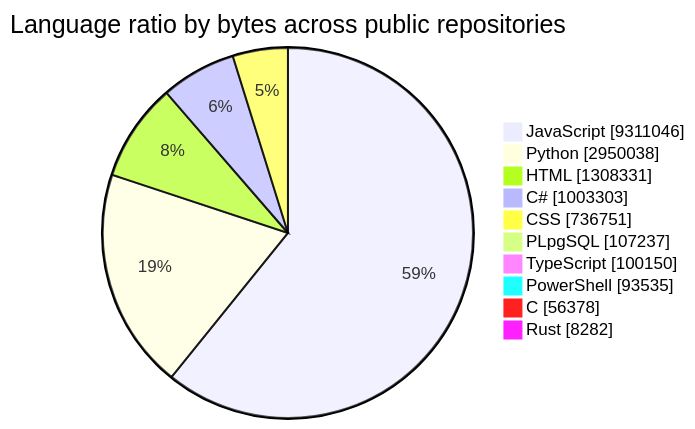
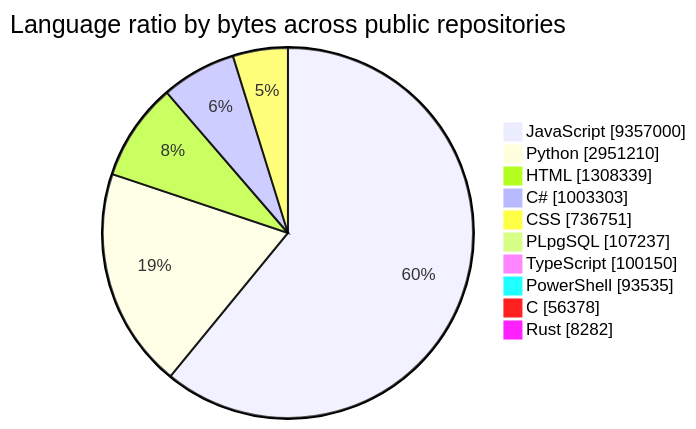
One commit to tchinso/tchinso changed the first of 2 diagrams in README.md. Above: the diagram before and after it, drawn with Mermaid. The commit also changed other lines of this file, not shown here.

````diff
--- a/README.md
+++ b/README.md
@@ -27,14 +27,14 @@
 ```mermaid
 pie showData
     title Language ratio by bytes across public repositories
-    "JavaScript" : 9311046
-    "Python" : 2950038
-    "HTML" : 1308331
+    "JavaScript" : 9357000
+    "Python" : 2951210
+    "HTML" : 1308339
     "C#" : 1003303
     "CSS" : 736751
     "PLpgSQL" : 107237
     "TypeScript" : 100150
     "PowerShell" : 93535
     "C" : 56378
     "Rust" : 8282
 ```
````
